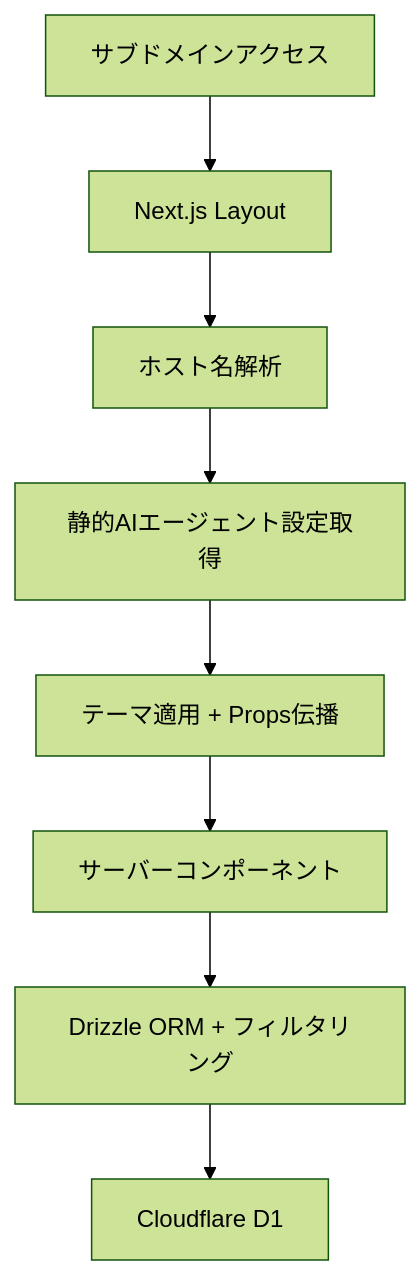
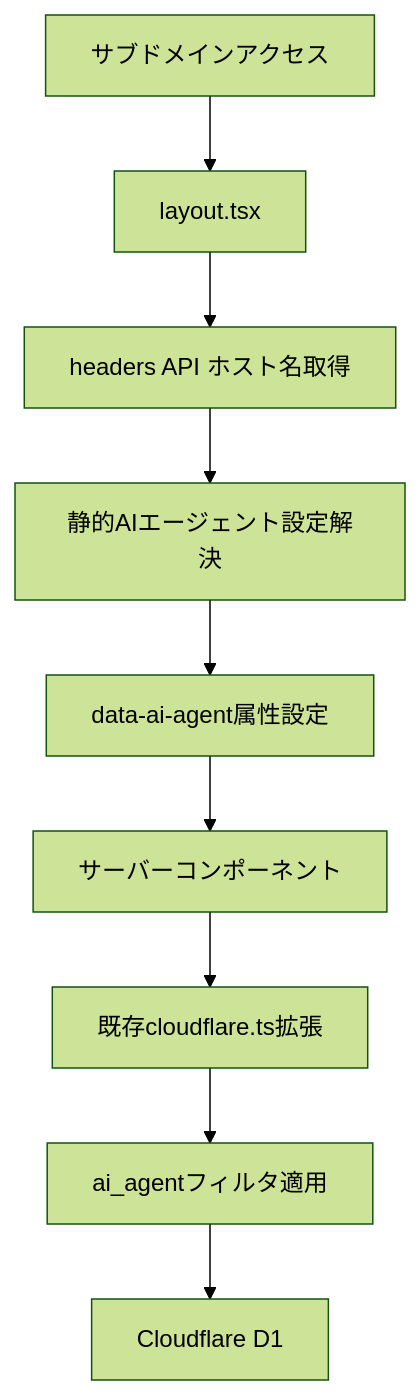
Before and after one commit to Suntory-Y-Water/cc-vault: the first of 2 diagrams in .kiro/specs/subdomain-routing/design.md, drawn with Mermaid (forest theme). The commit also changed other lines of this file, not shown here.

````diff
--- a/.kiro/specs/subdomain-routing/design.md
+++ b/.kiro/specs/subdomain-routing/design.md
@@ -37,10 +37,11 @@
 ```mermaid
 graph TB
-    A[サブドメインアクセス] --> B[Next.js Layout]
-    B --> C[ホスト名解析]
-    C --> D[静的AIエージェント設定取得]
-    D --> E[テーマ適用 + Props伝播]
+    A[サブドメインアクセス] --> B[layout.tsx]
+    B --> C[headers API ホスト名取得]
+    C --> D[静的AIエージェント設定解決]
+    D --> E[data-ai-agent属性設定]
     E --> F[サーバーコンポーネント]
-    F --> G[Drizzle ORM + フィルタリング]
-    G --> H[Cloudflare D1]
+    F --> G[既存cloudflare.ts拡張]
+    G --> H[ai_agentフィルタ適用]
+    H --> I[Cloudflare D1]
 ```
````
